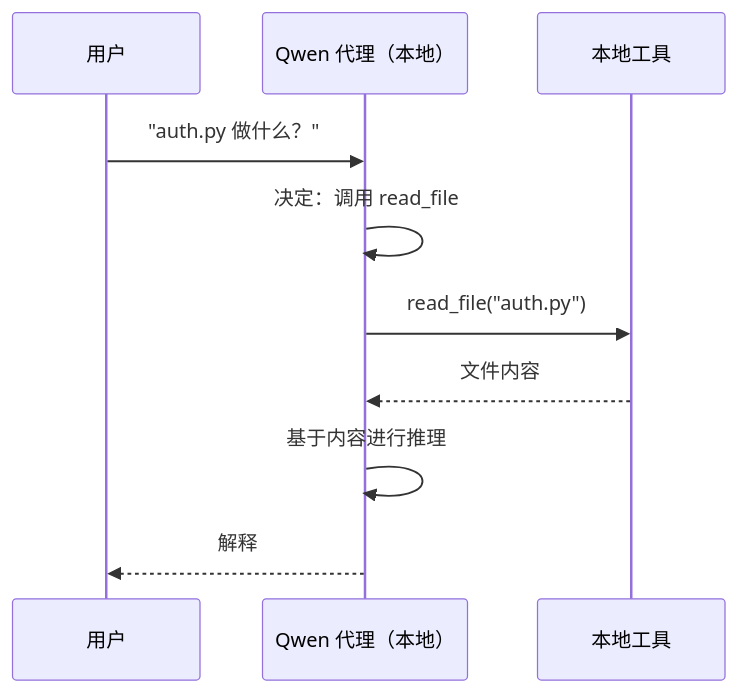
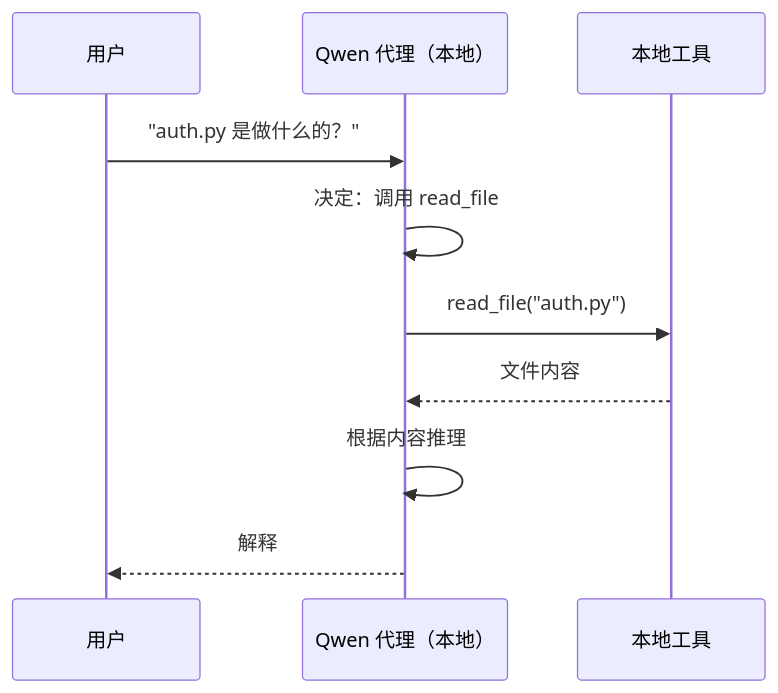
Before and after one commit to microsoft/ai-agents-for-beginners: the second of 4 diagrams in translations/zh-CN/17-creating-local-ai-agents/README.md, drawn with Mermaid. The commit also changed other lines of this file and 47 other files, not shown here.

````diff
--- a/translations/zh-CN/17-creating-local-ai-agents/README.md
+++ b/translations/zh-CN/17-creating-local-ai-agents/README.md
@@ -106,12 +106,12 @@
 ```mermaid
 sequenceDiagram
     participant U as 用户
     participant A as Qwen 代理（本地）
     participant T as 本地工具
-    U->>A: "auth.py 做什么？"
+    U->>A: "auth.py 是做什么的？"
     A->>A: 决定：调用 read_file
     A->>T: read_file("auth.py")
     T-->>A: 文件内容
-    A->>A: 基于内容进行推理
+    A->>A: 根据内容推理
     A-->>U: 解释
 ```
````
